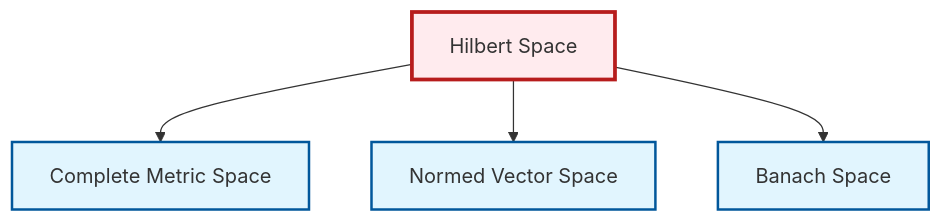
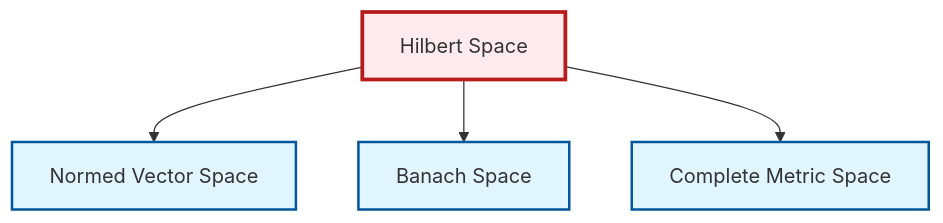
The diagram in output/mermaid/en/def-hilbert-space.mermaid (RK0429/ModernMath), drawn with Mermaid before and after one commit. The commit also changed other lines of this file and 1745 other files, not shown here.

```diff
--- a/output/mermaid/en/def-hilbert-space.mermaid
+++ b/output/mermaid/en/def-hilbert-space.mermaid
@@ -1,14 +1,14 @@
 graph TD
     classDef definition fill:#e1f5fe,stroke:#01579b,stroke-width:2px
     classDef theorem fill:#f3e5f5,stroke:#4a148c,stroke-width:2px
     classDef axiom fill:#fff3e0,stroke:#e65100,stroke-width:2px
     classDef example fill:#e8f5e9,stroke:#1b5e20,stroke-width:2px
     classDef current fill:#ffebee,stroke:#b71c1c,stroke-width:3px
+    def-hilbert-space["Hilbert Space"]:::definition
+    def-banach-space["Banach Space"]:::definition
     def-complete-metric-space["Complete Metric Space"]:::definition
-    def-banach-space["Banach Space"]:::definition
-    def-hilbert-space["Hilbert Space"]:::definition
     def-normed-vector-space["Normed Vector Space"]:::definition
-    def-hilbert-space --> def-complete-metric-space
     def-hilbert-space --> def-normed-vector-space
     def-hilbert-space --> def-banach-space
+    def-hilbert-space --> def-complete-metric-space
     class def-hilbert-space current
```
